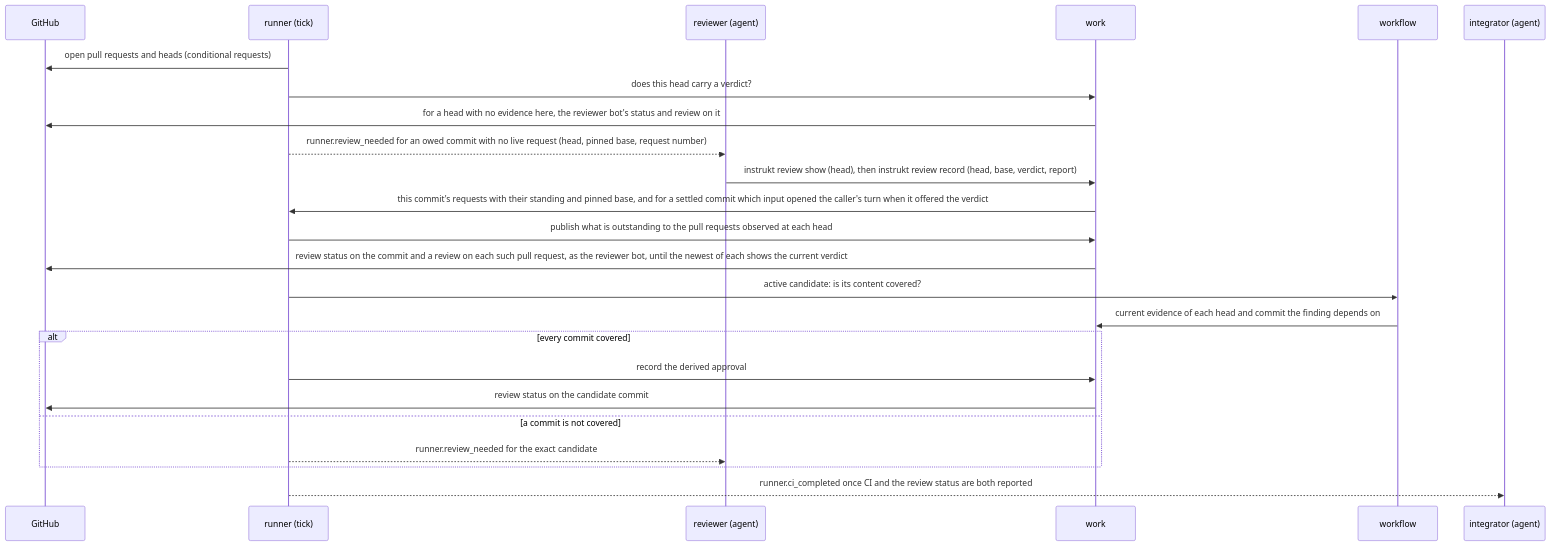
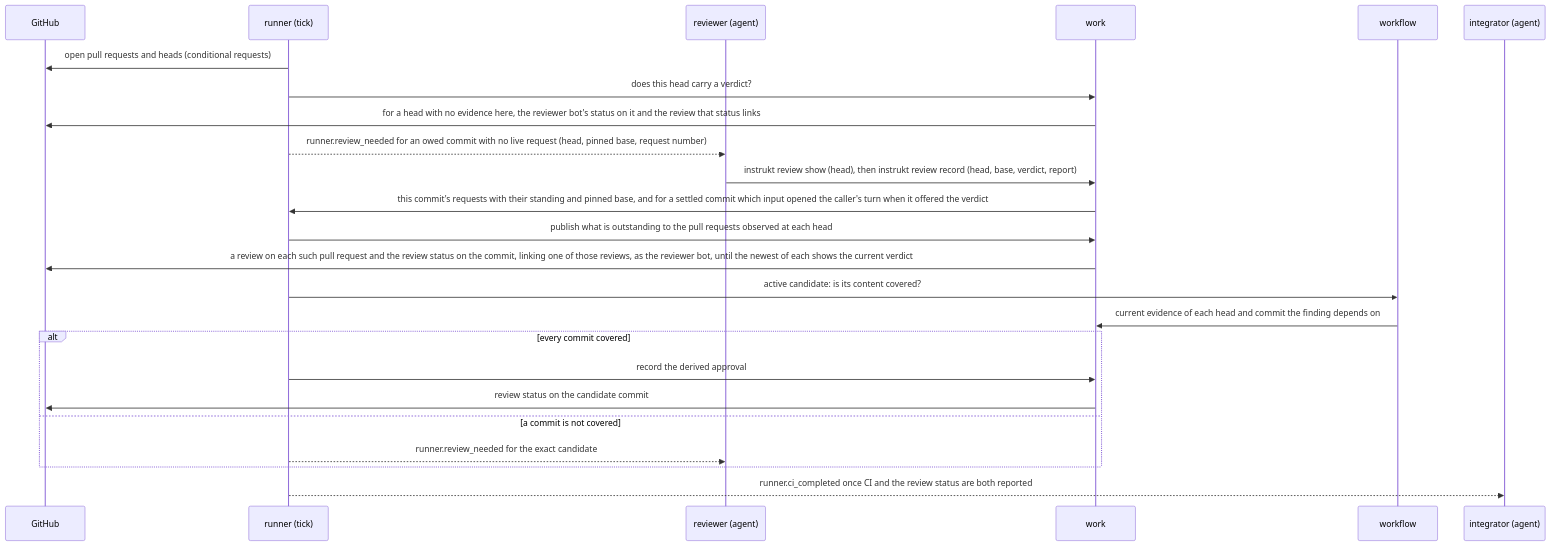
Before and after one commit to InstruktAI/instrukt: the fifth of 5 diagrams in docs/project/design/architecture/overview.md, drawn with Mermaid. The commit also changed other lines of this file and 7 other files, not shown here.

````diff
--- a/docs/project/design/architecture/overview.md
+++ b/docs/project/design/architecture/overview.md
@@ -461,26 +461,26 @@
 ```mermaid
 sequenceDiagram
   participant G as GitHub
   participant R as runner (tick)
   participant V as reviewer (agent)
   participant W as work
   participant F as workflow
   participant I as integrator (agent)
   R->>G: open pull requests and heads (conditional requests)
   R->>W: does this head carry a verdict?
-  W->>G: for a head with no evidence here, the reviewer bot's status and review on it
+  W->>G: for a head with no evidence here, the reviewer bot's status on it and the review that status links
   R-->>V: runner.review_needed for an owed commit with no live request (head, pinned base, request number)
   V->>W: instrukt review show (head), then instrukt review record (head, base, verdict, report)
   W->>R: this commit's requests with their standing and pinned base, and for a settled commit which input opened the caller's turn when it offered the verdict
   R->>W: publish what is outstanding to the pull requests observed at each head
-  W->>G: review status on the commit and a review on each such pull request, as the reviewer bot, until the newest of each shows the current verdict
+  W->>G: a review on each such pull request and the review status on the commit, linking one of those reviews, as the reviewer bot, until the newest of each shows the current verdict
   R->>F: active candidate: is its content covered?
   F->>W: current evidence of each head and commit the finding depends on
   alt every commit covered
     R->>W: record the derived approval
     W->>G: review status on the candidate commit
   else a commit is not covered
     R-->>V: runner.review_needed for the exact candidate
   end
   R-->>I: runner.ci_completed once CI and the review status are both reported
 ```
````
